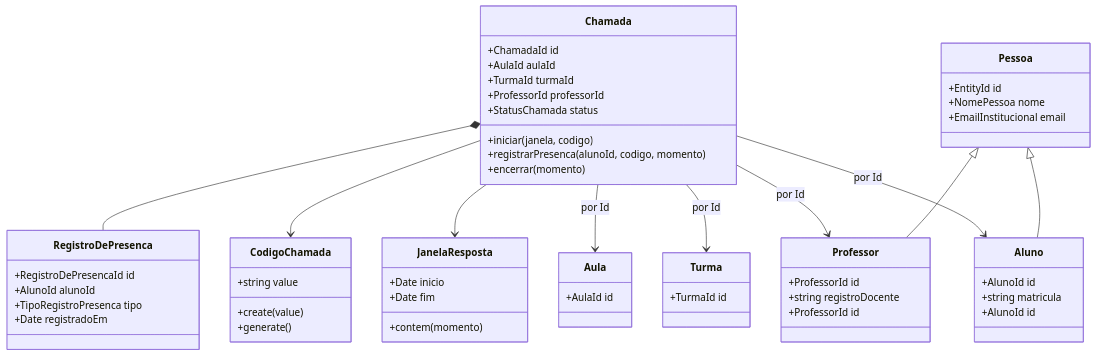
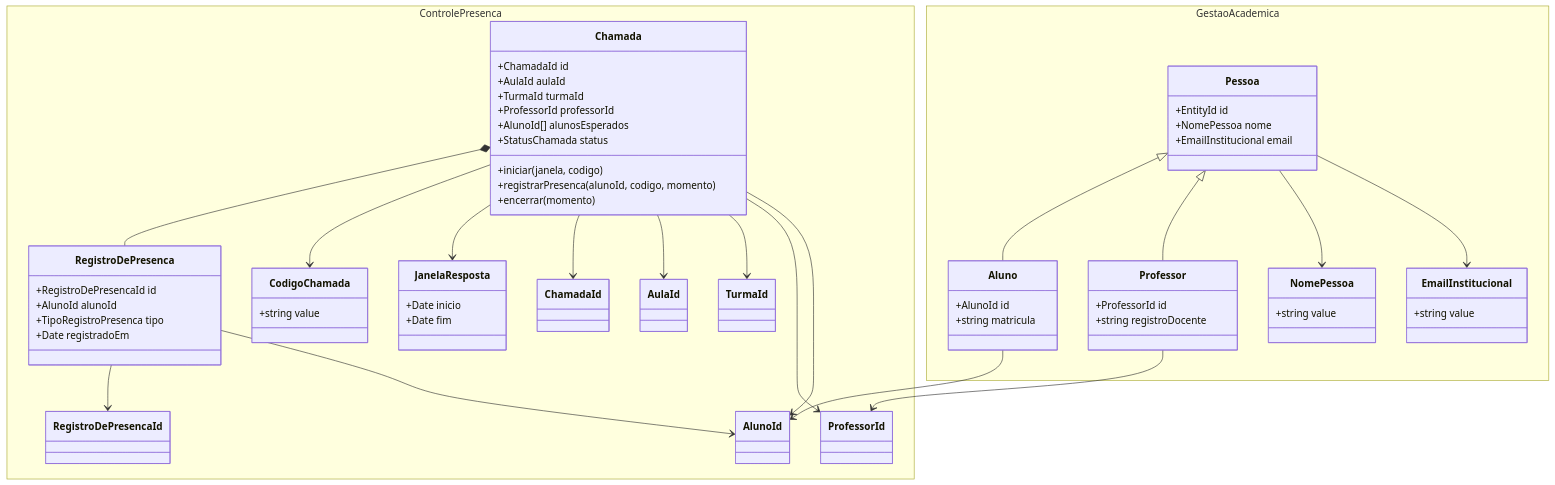
Before and after one commit to GuilhermeBrun/controle-presenca-ddd: the diagram in README.md, drawn with Mermaid. The commit also changed other lines of this file, not shown here.

Commit message:
docs: remover secao inicial do readme

````diff
--- a/README.md
+++ b/README.md
@@ -146,74 +127,85 @@
 ```mermaid
 classDiagram
-  class Chamada {
-    +ChamadaId id
-    +AulaId aulaId
-    +TurmaId turmaId
-    +ProfessorId professorId
-    +StatusChamada status
-    +iniciar(janela, codigo)
-    +registrarPresenca(alunoId, codigo, momento)
-    +encerrar(momento)
+  namespace ControlePresenca {
+    class Chamada {
+      +ChamadaId id
+      +AulaId aulaId
+      +TurmaId turmaId
+      +ProfessorId professorId
+      +AlunoId[] alunosEsperados
+      +StatusChamada status
+      +iniciar(janela, codigo)
+      +registrarPresenca(alunoId, codigo, momento)
+      +encerrar(momento)
+    }
+
+    class RegistroDePresenca {
+      +RegistroDePresencaId id
+      +AlunoId alunoId
+      +TipoRegistroPresenca tipo
+      +Date registradoEm
+    }
+
+    class CodigoChamada {
+      +string value
+    }
+
+    class JanelaResposta {
+      +Date inicio
+      +Date fim
+    }
+
+    class ChamadaId
+    class AulaId
+    class TurmaId
+    class ProfessorId
+    class AlunoId
+    class RegistroDePresencaId
   }
 
-  class RegistroDePresenca {
-    +RegistroDePresencaId id
-    +AlunoId alunoId
-    +TipoRegistroPresenca tipo
-    +Date registradoEm
-  }
+  namespace GestaoAcademica {
+    class Pessoa {
+      +EntityId id
+      +NomePessoa nome
+      +EmailInstitucional email
+    }
 
-  class Pessoa {
-    +EntityId id
-    +NomePessoa nome
-    +EmailInstitucional email
-  }
+    class Aluno {
+      +AlunoId id
+      +string matricula
+    }
 
-  class Aluno {
-    +AlunoId id
-    +string matricula
-  }
+    class Professor {
+      +ProfessorId id
+      +string registroDocente
+    }
 
-  class Professor {
-    +ProfessorId id
-    +string registroDocente
-  }
+    class NomePessoa {
+      +string value
+    }
 
-  class CodigoChamada {
-    +string value
-    +create(value)
-    +generate()
-  }
-
-  class JanelaResposta {
-    +Date inicio
-    +Date fim
-    +contem(momento)
-  }
-
-  class Aula {
-    +AulaId id
-  }
-
-  class Turma {
-    +TurmaId id
-  }
-
-  class Professor {
-    +ProfessorId id
-  }
-
-  class Aluno {
-    +AlunoId id
+    class EmailInstitucional {
+      +string value
+    }
   }
 
   Chamada *-- RegistroDePresenca
   Chamada --> CodigoChamada
   Chamada --> JanelaResposta
-  Chamada --> Aula : por Id
-  Chamada --> Turma : por Id
-  Chamada --> Professor : por Id
-  Chamada --> Aluno : por Id
+  Chamada --> ChamadaId
+  Chamada --> AulaId
+  Chamada --> TurmaId
+  Chamada --> ProfessorId
+  Chamada --> AlunoId
+
+  RegistroDePresenca --> RegistroDePresencaId
+  RegistroDePresenca --> AlunoId
+
   Pessoa <|-- Aluno
   Pessoa <|-- Professor
+  Pessoa --> NomePessoa
+  Pessoa --> EmailInstitucional
+
+  Aluno --> AlunoId
+  Professor --> ProfessorId
 ```
````
